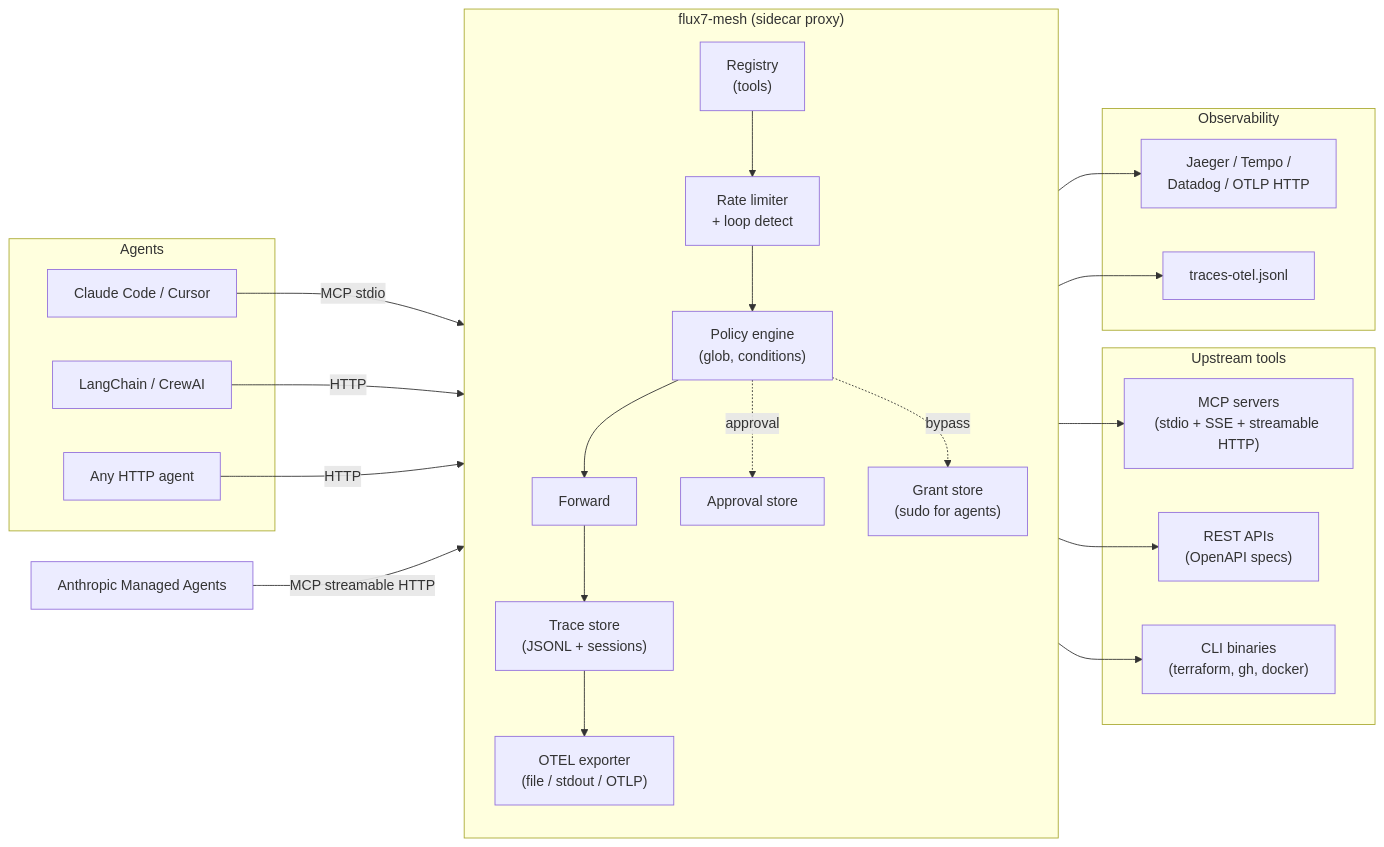
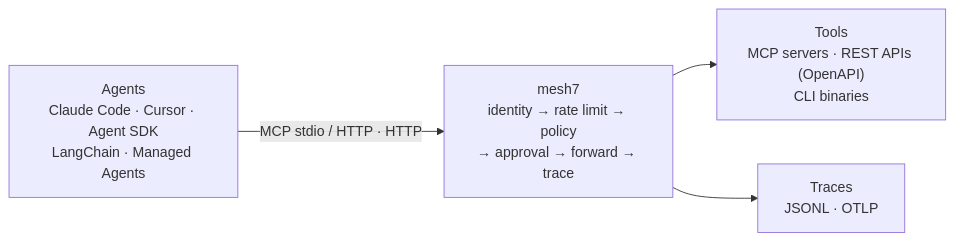
The diagram in README.md (KTCrisis/flux7-mesh), drawn with Mermaid before and after one commit. The commit also changed other lines of this file, not shown here.

First line of the commit message:
docs(readme): shorter, points to docs.flux7.art; box-drawing logotype

````diff
--- a/README.md
+++ b/README.md
@@ -33,51 +33,9 @@
 ```mermaid
 flowchart LR
-    subgraph Agents["Agents"]
-        A1["Claude Code / Cursor"]
-        A2["LangChain / CrewAI"]
-        A3["Any HTTP agent"]
-    end
-
-    subgraph Mesh["flux7-mesh (sidecar proxy)"]
-        direction TB
-        REG["Registry<br/>(tools)"]
-        RL["Rate limiter<br/>+ loop detect"]
-        POL["Policy engine<br/>(glob, conditions)"]
-        FWD["Forward"]
-        APP["Approval store"]
-        GRT["Grant store<br/>(sudo for agents)"]
-        TRC["Trace store<br/>(JSONL + sessions)"]
-        OTEL["OTEL exporter<br/>(file / stdout / OTLP)"]
-
-        REG --> RL --> POL --> FWD
-        POL -.approval.-> APP
-        POL -.bypass.-> GRT
-        FWD --> TRC
-        TRC --> OTEL
-    end
-
-    subgraph Upstream["Upstream tools"]
-        U1["MCP servers<br/>(stdio + SSE + streamable HTTP)"]
-        U2["REST APIs<br/>(OpenAPI specs)"]
-        U3["CLI binaries<br/>(terraform, gh, docker)"]
-    end
-
-    subgraph Observability["Observability"]
-        O1["Jaeger / Tempo /<br/>Datadog / OTLP HTTP"]
-        O2["traces-otel.jsonl"]
-    end
-
-    A4["Anthropic Managed Agents"]
-
-    A1 -- "MCP stdio" --> Mesh
-    A2 -- HTTP --> Mesh
-    A3 -- HTTP --> Mesh
-    A4 -- "MCP streamable HTTP" --> Mesh
-
-    FWD --> U1
-    FWD --> U2
-    FWD --> U3
-
-    OTEL --> O1
-    OTEL --> O2
+    A["Agents<br/>Claude Code · Cursor · Agent SDK<br/>LangChain · Managed Agents"]
+    M["mesh7<br/>identity → rate limit → policy<br/>→ approval → forward → trace"]
+    T["Tools<br/>MCP servers · REST APIs (OpenAPI)<br/>CLI binaries"]
+    O["Traces<br/>JSONL · OTLP"]
+    A -- "MCP stdio / HTTP · HTTP" --> M --> T
+    M --> O
 ```
````
